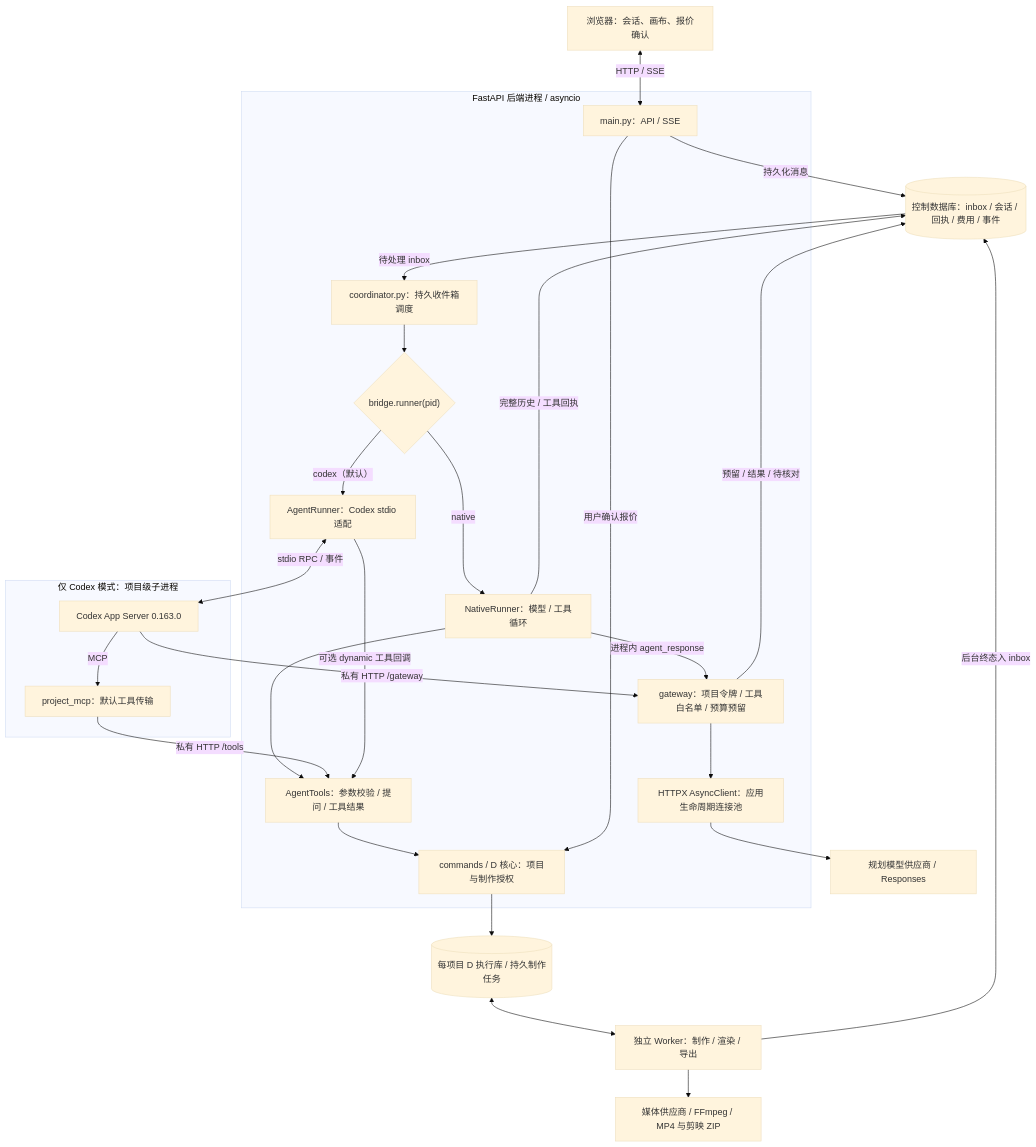
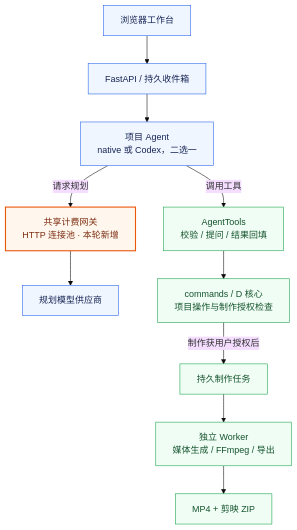
Before and after one commit to wretchmade/VideocopyerSaaS: the first of 3 diagrams in docs/NATIVE-HARNESS.md, drawn with Mermaid (base theme). The commit also changed other lines of this file, not shown here.

Commit message:
docs(harness): split architecture into readable diagrams

````diff
--- a/docs/NATIVE-HARNESS.md
+++ b/docs/NATIVE-HARNESS.md
@@ -7,47 +11,18 @@
 ```mermaid
 flowchart TB
-    UI["浏览器：会话、画布、报价确认"]
-    subgraph APIProcess["FastAPI 后端进程 / asyncio"]
-        API["main.py：API / SSE"]
-        Inbox["coordinator.py：持久收件箱调度"]
-        Select{"bridge.runner(pid)"}
-        Native["NativeRunner：模型 / 工具循环"]
-        Bridge["AgentRunner：Codex stdio 适配"]
-        Tools["AgentTools：参数校验 / 提问 / 工具结果"]
-        Commands["commands / D 核心：项目与制作授权"]
-        Gateway["gateway：项目令牌 / 工具白名单 / 预算预留"]
-        Pool["HTTPX AsyncClient：应用生命周期连接池"]
-    end
-    subgraph CodexProcesses["仅 Codex 模式：项目级子进程"]
-        Codex["Codex App Server 0.163.0"]
-        MCP["project_mcp：默认工具传输"]
-    end
-    Control[("控制数据库：inbox / 会话 / 回执 / 费用 / 事件")]
-    Project[("每项目 D 执行库 / 持久制作任务")]
-    Worker["独立 Worker：制作 / 渲染 / 导出"]
-    Model["规划模型供应商 / Responses"]
-    Media["媒体供应商 / FFmpeg / MP4 与剪映 ZIP"]
-
-    UI <-->|"HTTP / SSE"| API
-    API -->|"持久化消息"| Control
-    Control -->|"待处理 inbox"| Inbox
-    Inbox --> Select
-    Select -->|"native"| Native
-    Select -->|"codex（默认）"| Bridge
-    Bridge <-->|"stdio RPC / 事件"| Codex
-    Native -->|"进程内 agent_response"| Gateway
-    Codex -->|"私有 HTTP /gateway"| Gateway
-    Gateway --> Pool --> Model
-    Gateway -->|"预留 / 结果 / 待核对"| Control
-    Native -->|"完整历史 / 工具回执"| Control
-    Native --> Tools
-    Codex -->|"MCP"| MCP
-    MCP -->|"私有 HTTP /tools"| Tools
-    Bridge -->|"可选 dynamic 工具回调"| Tools
-    Tools --> Commands
-    API -->|"用户确认报价"| Commands
-    Commands --> Project
-    Project <--> Worker
-    Worker --> Media
-    Worker -->|"后台终态入 inbox"| Control
+    UI["浏览器工作台"] --> API["FastAPI / 持久收件箱"]
+    API --> Agent["项目 Agent<br/>native 或 Codex，二选一"]
+    Agent -->|"请求规划"| Gateway["共享计费网关<br/>HTTP 连接池 · 本轮新增"]
+    Gateway --> Model["规划模型供应商"]
+    Agent -->|"调用工具"| Tools["AgentTools<br/>校验 / 提问 / 结果回填"]
+    Tools --> Business["commands / D 核心<br/>项目操作与制作授权检查"]
+    Business -->|"制作获用户授权后"| Jobs["持久制作任务"]
+    Jobs --> Worker["独立 Worker<br/>媒体生成 / FFmpeg / 导出"]
+    Worker --> Output["MP4 + 剪映 ZIP"]
+    classDef plan fill:#eff6ff,stroke:#2563eb,color:#172554
+    classDef execution fill:#f0fdf4,stroke:#16a34a,color:#14532d
+    classDef changed fill:#fff7ed,stroke:#ea580c,color:#7c2d12,stroke-width:2px
+    class UI,API,Agent,Model plan
+    class Tools,Business,Jobs,Worker,Output execution
+    class Gateway changed
 ```
````
